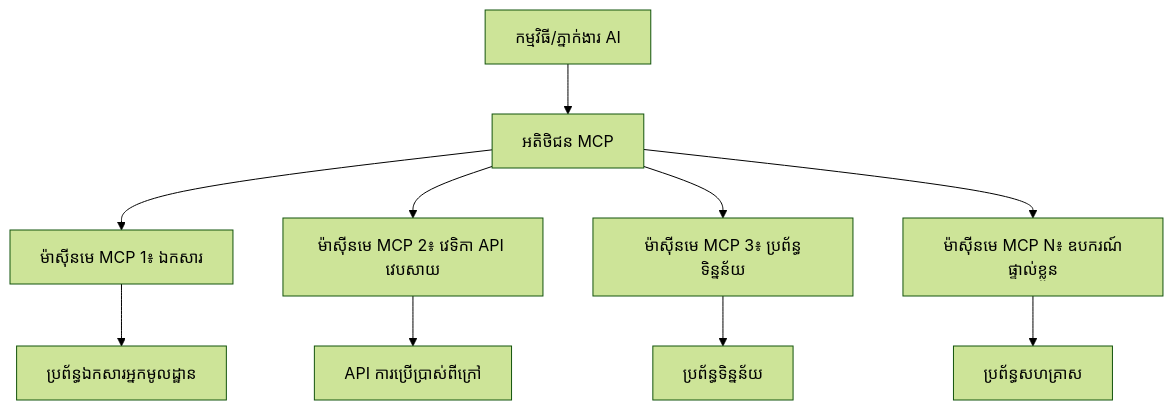
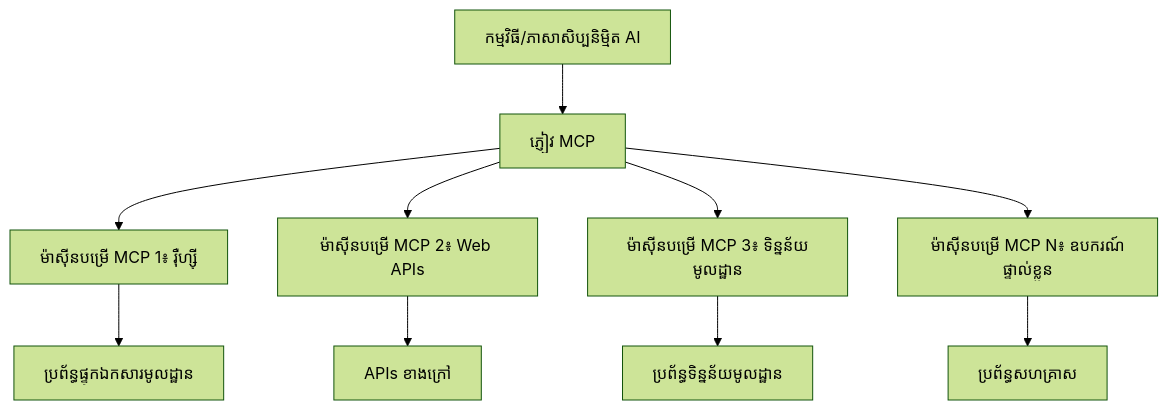
The diagram in mcp_ecosystem__model_context_protocol/mcp_learning_resources/mcp-for-beginners/translations/km/10-StreamliningAIWorkflowsBuildingAnMCPServerWithAIToolkit/lab2/README.md (HIDORAKAI002/ai-workspace-archive), drawn with Mermaid (forest theme) before and after one commit. The commit also changed other lines of this file and 1539 other files, not shown here.

````diff
--- a/mcp_ecosystem__model_context_protocol/mcp_learning_resources/mcp-for-beginners/translations/km/10-StreamliningAIWorkflowsBuildingAnMCPServerWithAIToolkit/lab2/README.md
+++ b/mcp_ecosystem__model_context_protocol/mcp_learning_resources/mcp-for-beginners/translations/km/10-StreamliningAIWorkflowsBuildingAnMCPServerWithAIToolkit/lab2/README.md
@@ -51,13 +51,13 @@
 ```mermaid
 graph TB
-    A[កម្មវិធី/ភ្នាក់ងារ AI] --> B[អតិថិជន MCP]
-    B --> C[ម៉ាស៊ីនមេ MCP 1៖ ឯកសារ]
-    B --> D[ម៉ាស៊ីនមេ MCP 2៖ វេទិកា API វេបសាយ]
-    B --> E[ម៉ាស៊ីនមេ MCP 3៖ ប្រព័ន្ធទិន្នន័យ]
-    B --> F[ម៉ាស៊ីនមេ MCP N៖ ឧបករណ៍ផ្ទាល់ខ្លួន]
+    A[កម្មវិធី/ភាសាសិប្បនិម្មិត AI] --> B[ភ្ញៀវ MCP]
+    B --> C[ម៉ាស៊ីនបម្រើ MCP 1៖ រ៉ឺហ្ស៊ី]
+    B --> D[ម៉ាស៊ីនបម្រើ MCP 2៖ Web APIs]
+    B --> E[ម៉ាស៊ីនបម្រើ MCP 3៖ ទិន្នន័យមូលដ្ឋាន]
+    B --> F[ម៉ាស៊ីនបម្រើ MCP N៖ ឧបករណ៍ផ្ទាល់ខ្លួន]
     
-    C --> G[ប្រព័ន្ធឯកសារអ្នកមូលដ្ឋាន]
-    D --> H[API ការប្រើប្រាស់ពីក្រៅ]
-    E --> I[ប្រព័ន្ធទិន្នន័យ]
+    C --> G[ប្រព័ន្ធផ្ទុកឯកសារមូលដ្ឋាន]
+    D --> H[APIs ខាងក្រៅ]
+    E --> I[ប្រព័ន្ធទិន្នន័យមូលដ្ឋាន]
     F --> J[ប្រព័ន្ធសហគ្រាស]
 ```
````
